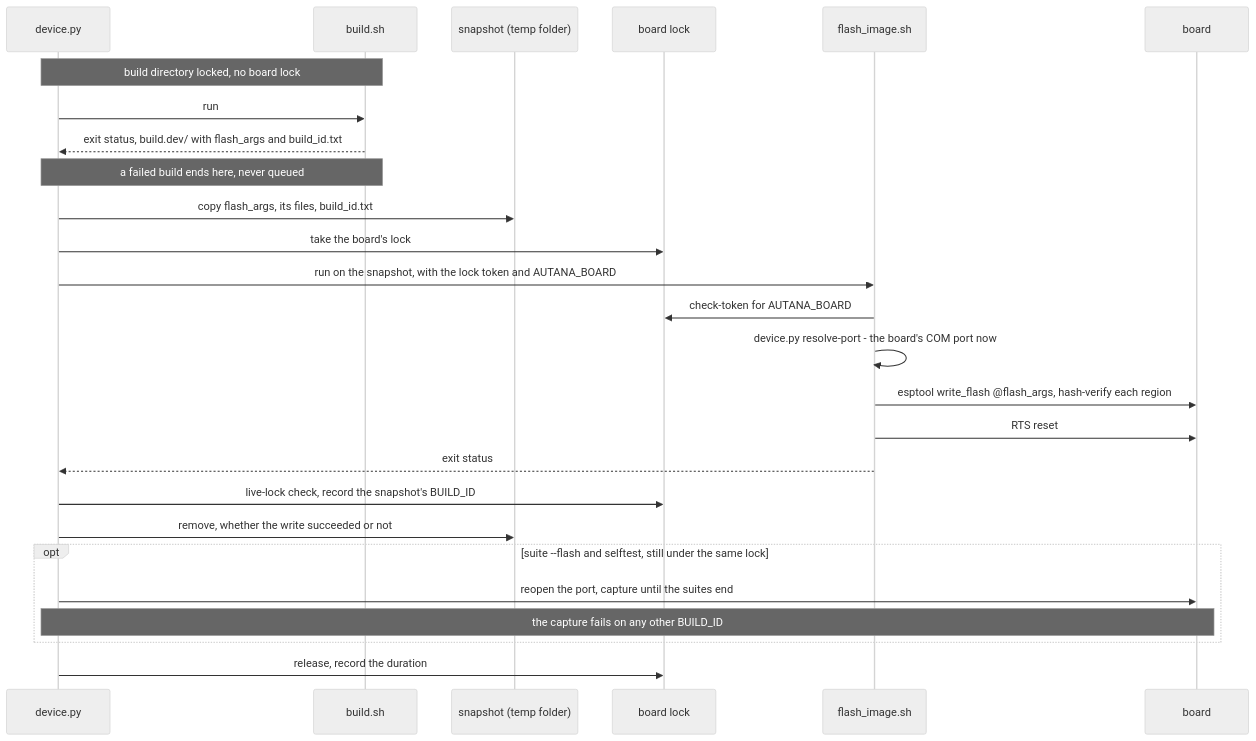
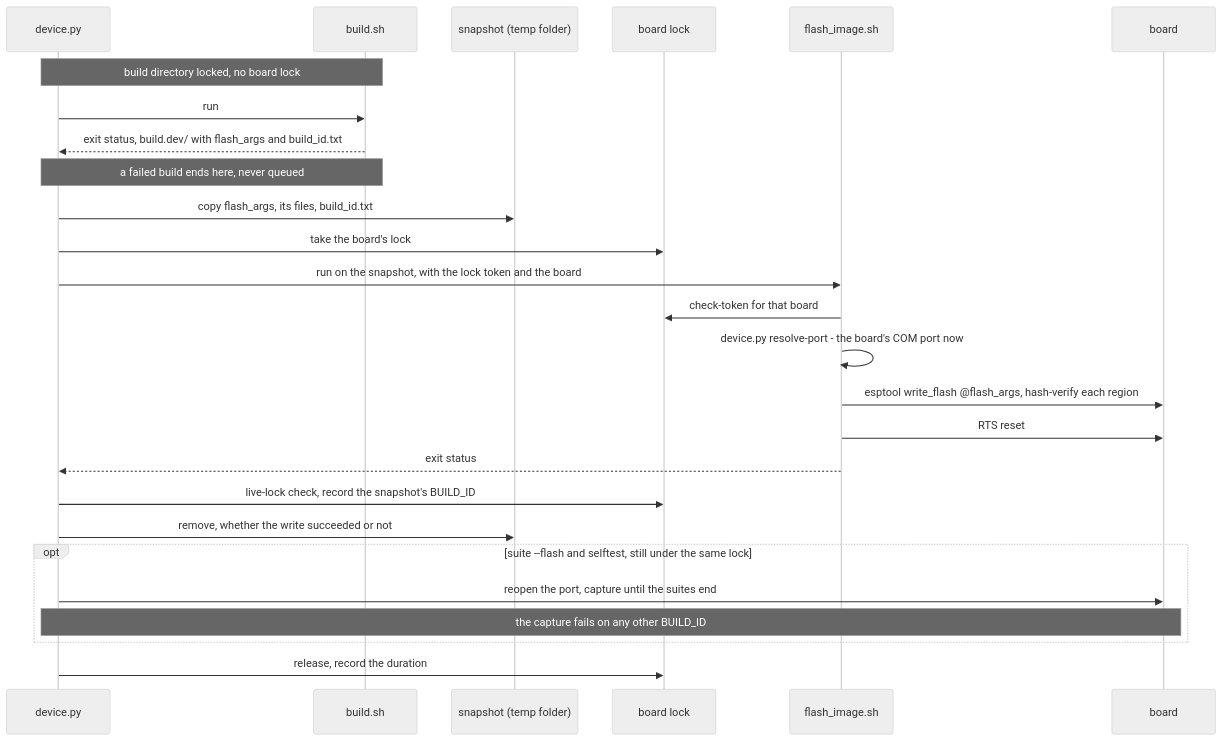
The diagram in docs/tools/Flash-and-Captures.md (jose-villegas/autana), drawn with Mermaid (neutral theme) before and after one commit. The commit also changed other lines of this file and 37 other files, not shown here.

````diff
--- a/docs/tools/Flash-and-Captures.md
+++ b/docs/tools/Flash-and-Captures.md
@@ -41,29 +41,29 @@
 ```mermaid
 sequenceDiagram
     participant Dev as device.py
     participant Build as build.sh
     participant Snap as snapshot (temp folder)
     participant Lock as board lock
     participant Sh as flash_image.sh
     participant Board as board
 
     Note over Dev,Build: build directory locked, no board lock
     Dev->>Build: run
     Build-->>Dev: exit status, build.dev/ with flash_args and build_id.txt
     Note over Dev,Build: a failed build ends here, never queued
     Dev->>Snap: copy flash_args, its files, build_id.txt
     Dev->>Lock: take the board's lock
-    Dev->>Sh: run on the snapshot, with the lock token and AUTANA_BOARD
-    Sh->>Lock: check-token for AUTANA_BOARD
+    Dev->>Sh: run on the snapshot, with the lock token and the board
+    Sh->>Lock: check-token for that board
     Sh->>Sh: device.py resolve-port - the board's COM port now
     Sh->>Board: esptool write_flash @flash_args, hash-verify each region
     Sh->>Board: RTS reset
     Sh-->>Dev: exit status
     Dev->>Lock: live-lock check, record the snapshot's BUILD_ID
     Dev->>Snap: remove, whether the write succeeded or not
     opt suite --flash and selftest, still under the same lock
         Dev->>Board: reopen the port, capture until the suites end
         Note over Dev,Board: the capture fails on any other BUILD_ID
     end
     Dev->>Lock: release, record the duration
 ```
````
